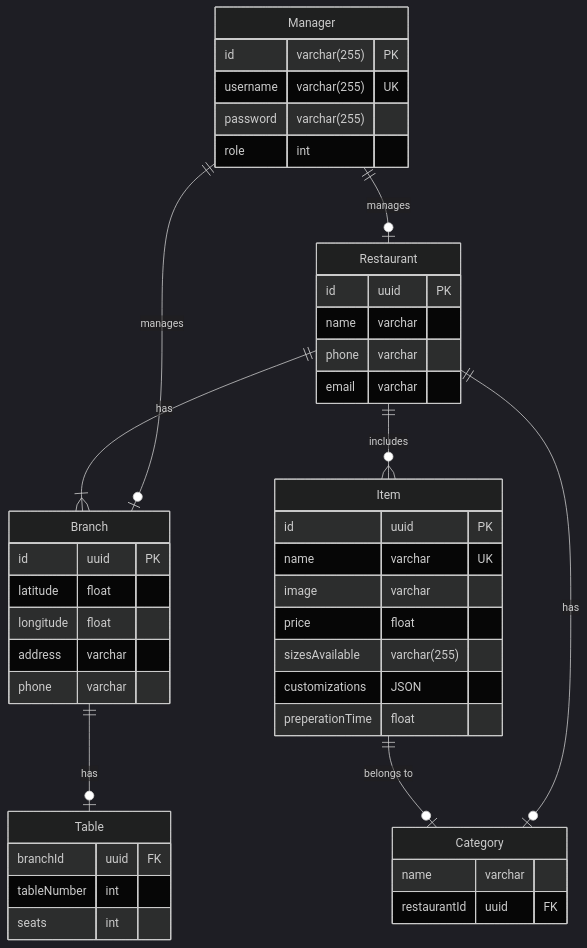
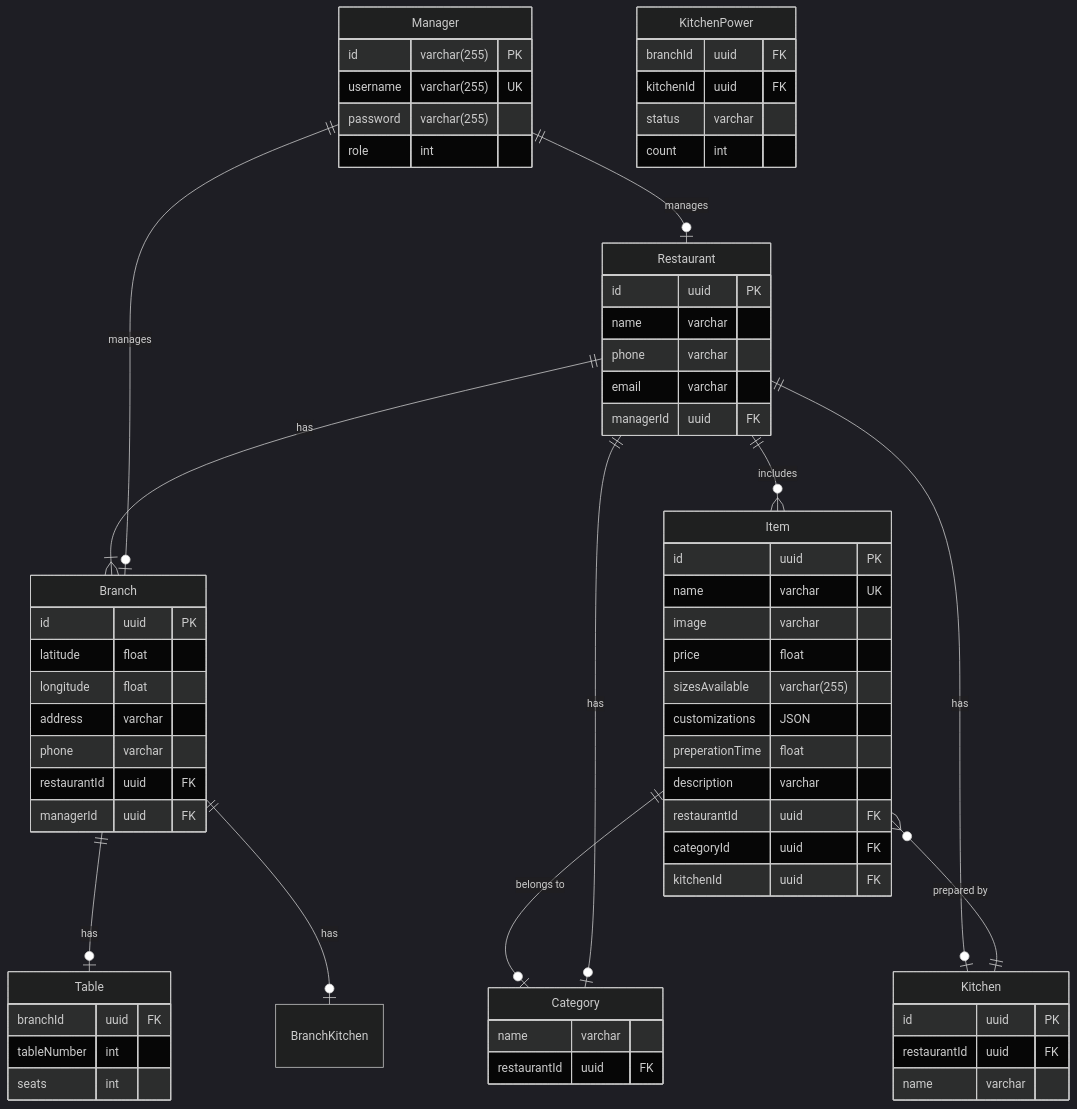
One commit to devAhmedMustafa/Al-Court-Designs changed the diagram in docs/ERD.mermaid. Above: the diagram before and after it, drawn with Mermaid (dark theme). The commit also changed 24 other files, not shown here.

```diff
--- a/docs/ERD.mermaid
+++ b/docs/ERD.mermaid
@@ -1,52 +1,75 @@
 erDiagram
     
     Manager {
         id varchar(255) PK
         username varchar(255) UK
         password varchar(255)
         role int
     }
 
     Restaurant {
         id uuid PK
         name varchar 
         phone varchar
         email varchar
+        managerId uuid FK
     }
 
     Branch {
         id uuid PK
         latitude float
         longitude float
         address varchar
         phone varchar
+        restaurantId uuid FK
+        managerId uuid FK
     }
 
     Item {
         id uuid PK
         name varchar UK
         image varchar
         price float
         sizesAvailable varchar(255)
         customizations JSON
         preperationTime float
+        description varchar
+        restaurantId uuid FK
+        categoryId uuid FK
+        kitchenId uuid FK
     }
     
     Category {
         name varchar
         restaurantId uuid FK
     }
 
     Table {
         branchId uuid FK
         tableNumber int
         seats int
     }
 
+    Kitchen {
+        id uuid PK
+        restaurantId uuid FK
+        name varchar
+    }
+
+    KitchenPower {
+        branchId uuid FK
+        kitchenId uuid FK
+        status varchar
+        count int
+    }
+
     Restaurant ||--|{ Branch : has
     Restaurant ||--o{ Item : includes
     Manager ||--o| Restaurant : manages
     Manager ||--o| Branch : manages
     Item ||--o| Category : "belongs to"
     Restaurant ||--o| Category : "has"
     Branch ||--o| Table : has
+    Restaurant ||--o| Kitchen : has
+    Branch ||--o| BranchKitchen : has
+    Item o{ --|| Kitchen : "prepared by"
```
